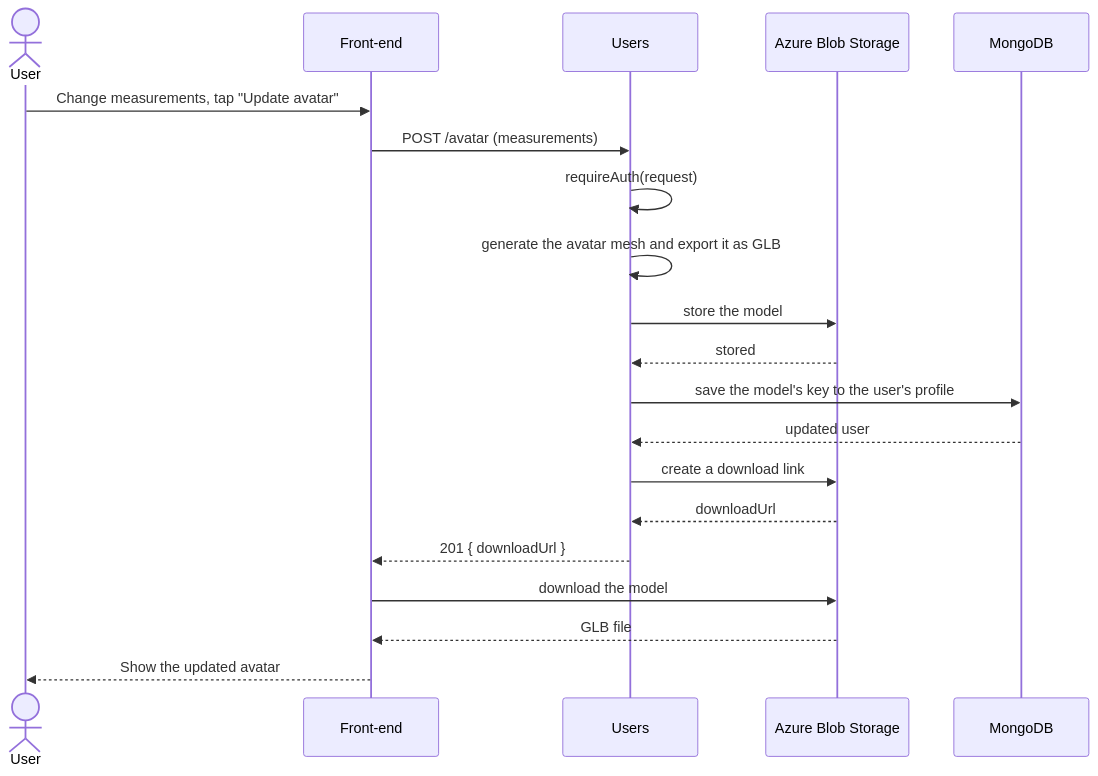
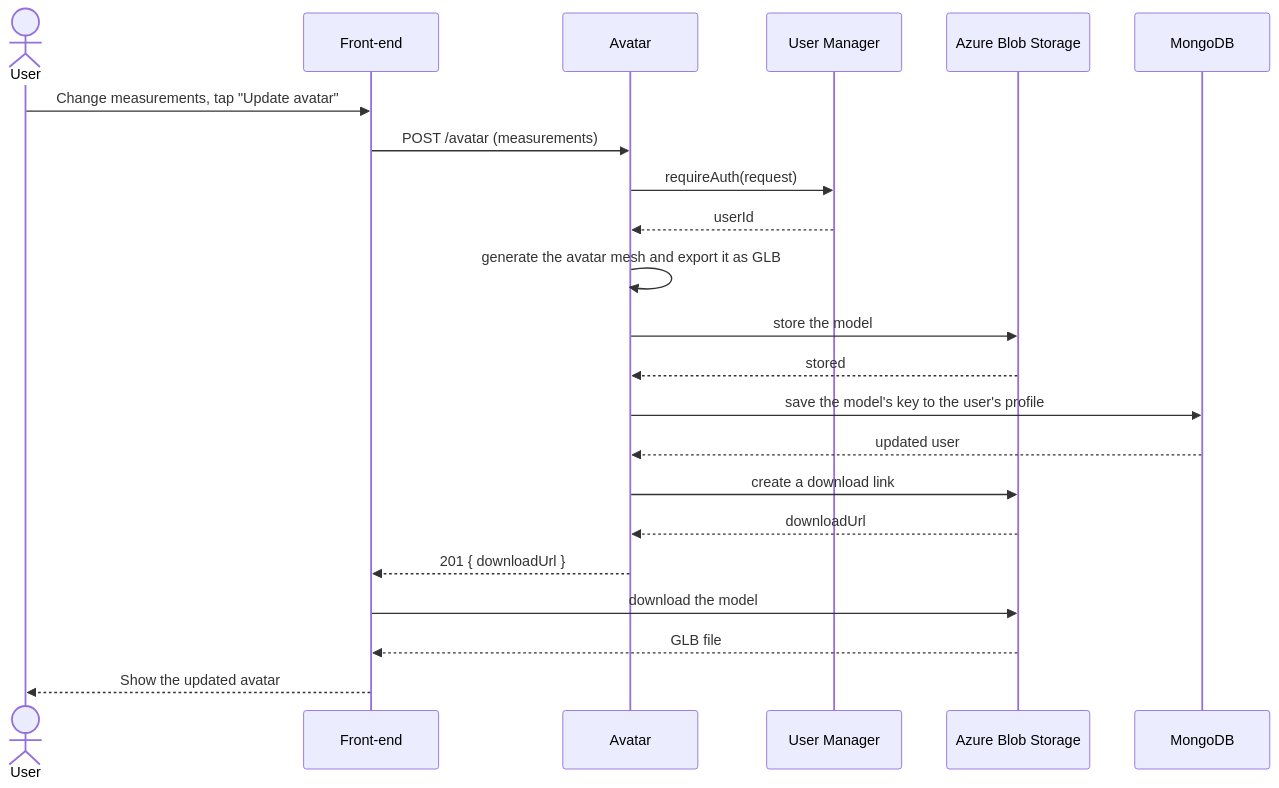
The fifth of 5 diagrams in documentation/Requirements_and_Design.md (evannawfal/fabricate), drawn with Mermaid before and after one commit. The commit also changed other lines of this file and 2 other files, not shown here.

First line of the commit message:
docs: match Requirements_and_Design.md to the redrawn diagrams

````diff
--- a/documentation/Requirements_and_Design.md
+++ b/documentation/Requirements_and_Design.md
@@ -498,23 +477,25 @@
 ```mermaid
 sequenceDiagram
     actor U as User
     participant FE as Front-end
-    participant US as Users
+    participant AV as Avatar
+    participant US as User Manager
     participant AZ as Azure Blob Storage
     participant DB as MongoDB
 
     U->>FE: Change measurements, tap "Update avatar"
-    FE->>US: POST /avatar (measurements)
-    US->>US: requireAuth(request)
-    US->>US: generate the avatar mesh and export it as GLB
-    US->>AZ: store the model
-    AZ-->>US: stored
-    US->>DB: save the model's key to the user's profile
-    DB-->>US: updated user
-    US->>AZ: create a download link
-    AZ-->>US: downloadUrl
-    US-->>FE: 201 { downloadUrl }
+    FE->>AV: POST /avatar (measurements)
+    AV->>US: requireAuth(request)
+    US-->>AV: userId
+    AV->>AV: generate the avatar mesh and export it as GLB
+    AV->>AZ: store the model
+    AZ-->>AV: stored
+    AV->>DB: save the model's key to the user's profile
+    DB-->>AV: updated user
+    AV->>AZ: create a download link
+    AZ-->>AV: downloadUrl
+    AV-->>FE: 201 { downloadUrl }
     FE->>AZ: download the model
     AZ-->>FE: GLB file
     FE-->>U: Show the updated avatar
 ```
````
